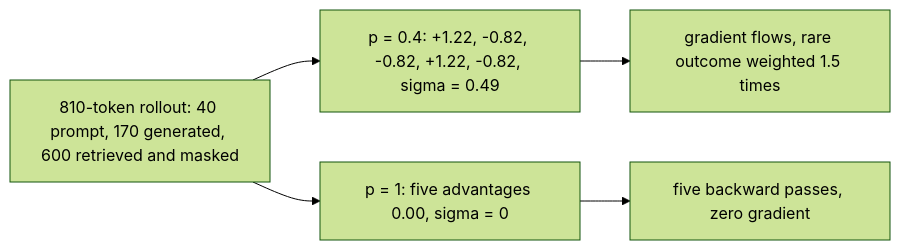
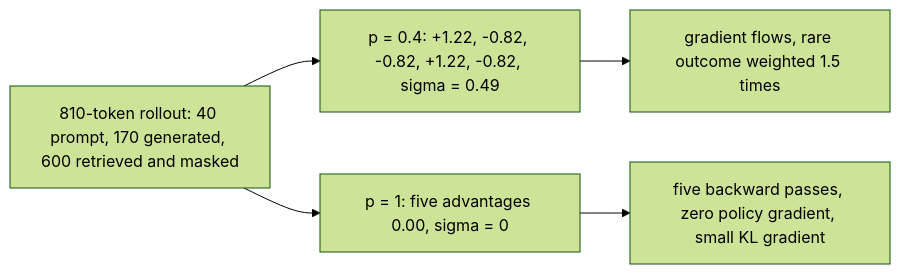
Before and after one commit to arunshar/rag-interview-chapters: the seventh of 9 diagrams in chapters/26_iterative_recursive_and_agentic_retrieval.md, drawn with Mermaid (forest theme). The commit also changed other lines of this file and 132 other files, not shown here.

````diff
--- a/chapters/26_iterative_recursive_and_agentic_retrieval.md
+++ b/chapters/26_iterative_recursive_and_agentic_retrieval.md
@@ -810,5 +810,5 @@
 ```mermaid
 flowchart LR
 rollout["810-token rollout: 40 prompt, 170 generated, 600 retrieved and masked"] --> learnable["p = 0.4: +1.22, -0.82, -0.82, +1.22, -0.82, sigma = 0.49"] --> gradient["gradient flows, rare outcome weighted 1.5 times"]
-rollout --> dead["p = 1: five advantages 0.00, sigma = 0"] --> zero["five backward passes, zero gradient"]
+rollout --> dead["p = 1: five advantages 0.00, sigma = 0"] --> zero["five backward passes, zero policy gradient, small KL gradient"]
 ```
````
